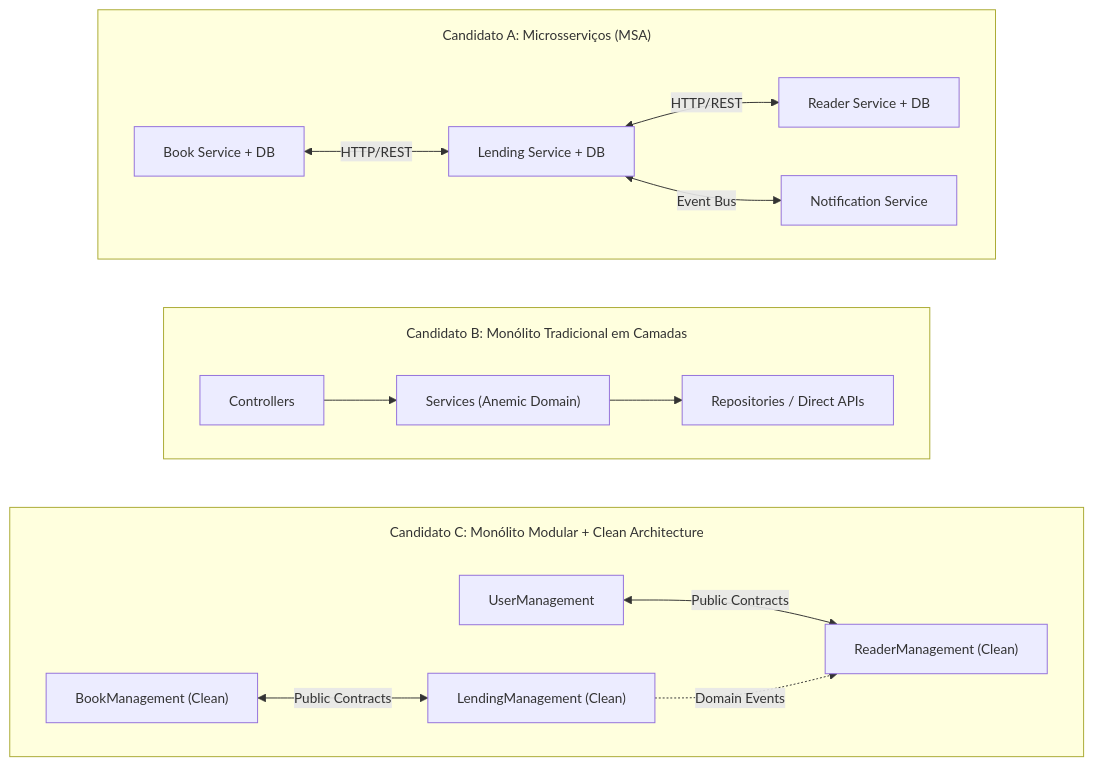
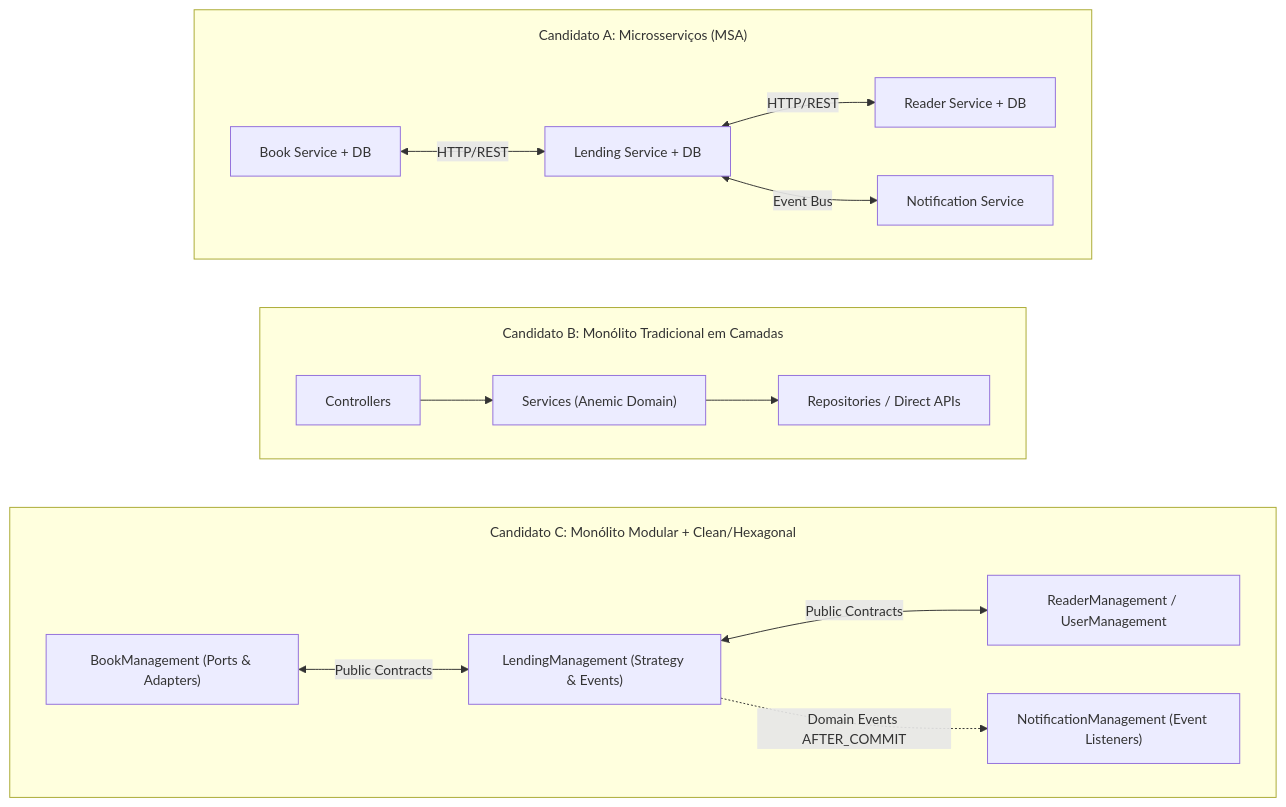
The diagram in Docs/ARQSOFT/system-to-be/reference-architectures.md (RafaelBrandao04/psoft-project-2026-1), drawn with Mermaid before and after one commit. The commit also changed other lines of this file and 8 other files, not shown here.

Commit message:
docs(arqsoft): sync architecture and testing docs with codebase and remove theoretical bloat

````diff
--- a/Docs/ARQSOFT/system-to-be/reference-architectures.md
+++ b/Docs/ARQSOFT/system-to-be/reference-architectures.md
@@ -49,32 +9,32 @@
 ```mermaid
 %%{init: {'themeVariables': { 'fontSize': '14px' }, 'flowchart': { 'subGraphTitleMargin': { 'top': 15, 'bottom': 20 } } } }%%
 graph TD
     subgraph CandA["Candidato A: Microsserviços (MSA)"]
         MSA1["Book Service + DB"]
         MSA2["Lending Service + DB"]
         MSA3["Reader Service + DB"]
         MSA4["Notification Service"]
         MSA1 <-->|HTTP/REST| MSA2
         MSA2 <-->|HTTP/REST| MSA3
         MSA2 <-->|Event Bus| MSA4
     end
 
     subgraph CandB["Candidato B: Monólito Tradicional em Camadas"]
         TL1["Controllers"]
         TL2["Services (Anemic Domain)"]
         TL3["Repositories / Direct APIs"]
         TL1 --> TL2 --> TL3
     end
 
-    subgraph CandC["Candidato C: Monólito Modular + Clean Architecture"]
-        MM1["UserManagement"]
-        MM2["BookManagement (Clean)"]
-        MM3["LendingManagement (Clean)"]
-        MM4["ReaderManagement (Clean)"]
-        MM1 <-->|Public Contracts| MM4
-        MM2 <-->|Public Contracts| MM3
-        MM3 -.->|Domain Events| MM4
+    subgraph CandC["Candidato C: Monólito Modular + Clean/Hexagonal"]
+        MM1["BookManagement (Ports & Adapters)"]
+        MM2["LendingManagement (Strategy & Events)"]
+        MM3["NotificationManagement (Event Listeners)"]
+        MM4["ReaderManagement / UserManagement"]
+        MM1 <-->|Public Contracts| MM2
+        MM2 <-->|Public Contracts| MM4
+        MM2 -.->|Domain Events AFTER_COMMIT| MM3
     end
 
     CandA ~~~ CandB ~~~ CandC
 ```
````
